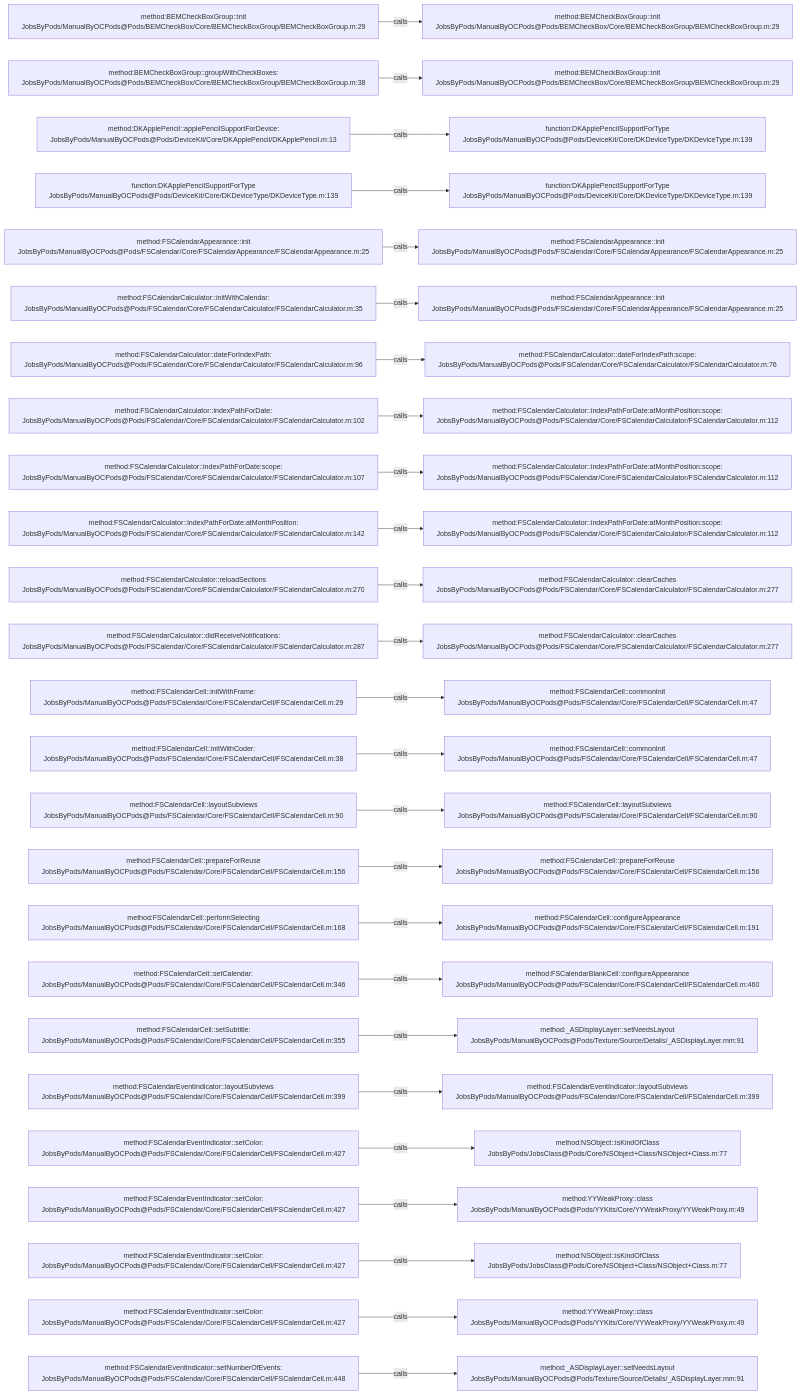
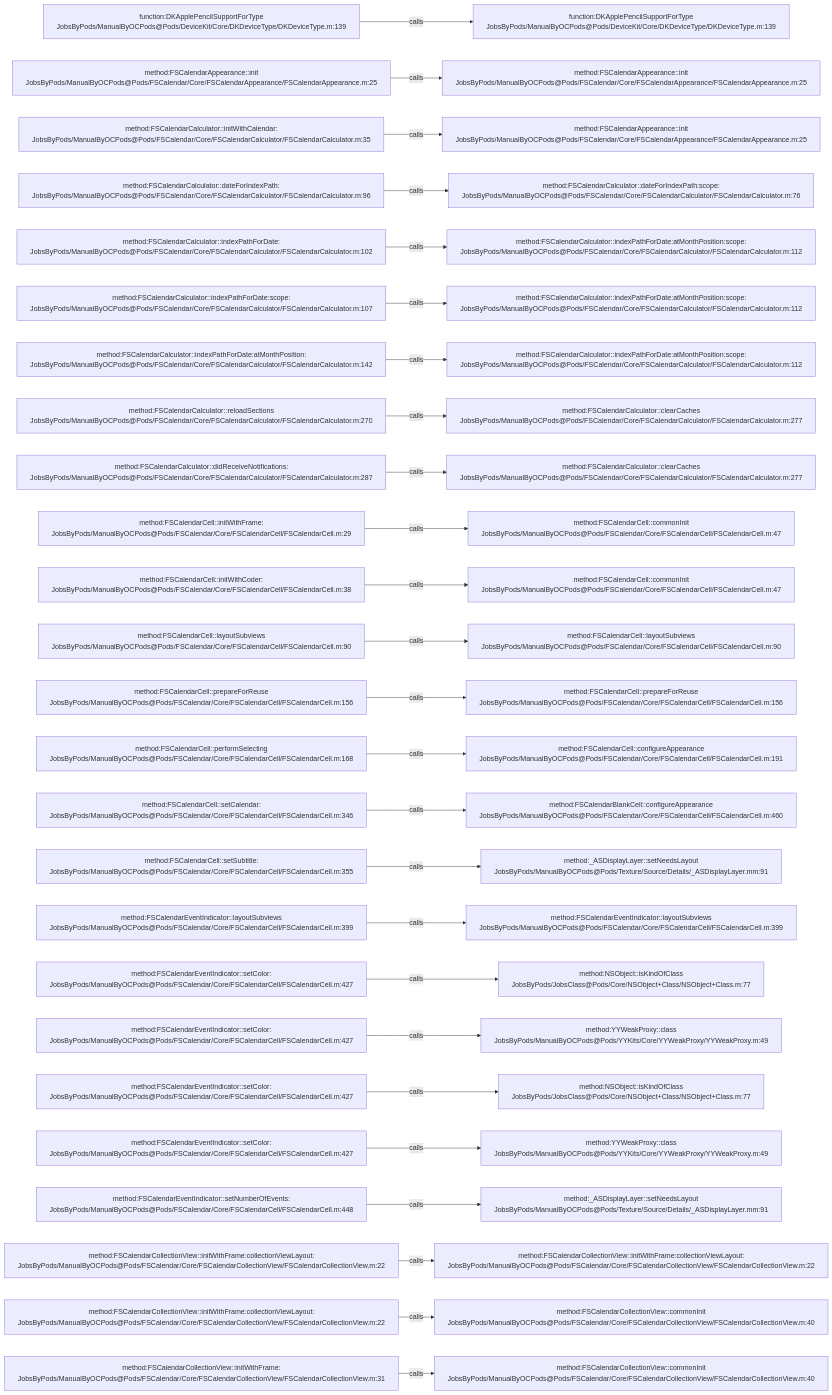
The diagram in .codegraph/codegraph.md/graphs/calls-015.md (JobsKits/JobsOCBaseConfigDemo), drawn with Mermaid before and after one commit. The commit also changed 727 other files, not shown here.

````diff
--- a/.codegraph/codegraph.md/graphs/calls-015.md
+++ b/.codegraph/codegraph.md/graphs/calls-015.md
@@ -13,78 +13,78 @@
 ```mermaid
 flowchart LR
-  S1["method:BEMCheckBoxGroup::init<br/>JobsByPods/ManualByOCPods@Pods/BEMCheckBox/Core/BEMCheckBoxGroup/BEMCheckBoxGroup.m:29"]
-  T1["method:BEMCheckBoxGroup::init<br/>JobsByPods/ManualByOCPods@Pods/BEMCheckBox/Core/BEMCheckBoxGroup/BEMCheckBoxGroup.m:29"]
+  S1["function:DKApplePencilSupportForType<br/>JobsByPods/ManualByOCPods@Pods/DeviceKit/Core/DKDeviceType/DKDeviceType.m:139"]
+  T1["function:DKApplePencilSupportForType<br/>JobsByPods/ManualByOCPods@Pods/DeviceKit/Core/DKDeviceType/DKDeviceType.m:139"]
   S1 -->|calls| T1
-  S2["method:BEMCheckBoxGroup::groupWithCheckBoxes:<br/>JobsByPods/ManualByOCPods@Pods/BEMCheckBox/Core/BEMCheckBoxGroup/BEMCheckBoxGroup.m:38"]
-  T2["method:BEMCheckBoxGroup::init<br/>JobsByPods/ManualByOCPods@Pods/BEMCheckBox/Core/BEMCheckBoxGroup/BEMCheckBoxGroup.m:29"]
+  S2["method:FSCalendarAppearance::init<br/>JobsByPods/ManualByOCPods@Pods/FSCalendar/Core/FSCalendarAppearance/FSCalendarAppearance.m:25"]
+  T2["method:FSCalendarAppearance::init<br/>JobsByPods/ManualByOCPods@Pods/FSCalendar/Core/FSCalendarAppearance/FSCalendarAppearance.m:25"]
   S2 -->|calls| T2
-  S3["method:DKApplePencil::applePencilSupportForDevice:<br/>JobsByPods/ManualByOCPods@Pods/DeviceKit/Core/DKApplePencil/DKApplePencil.m:13"]
-  T3["function:DKApplePencilSupportForType<br/>JobsByPods/ManualByOCPods@Pods/DeviceKit/Core/DKDeviceType/DKDeviceType.m:139"]
+  S3["method:FSCalendarCalculator::initWithCalendar:<br/>JobsByPods/ManualByOCPods@Pods/FSCalendar/Core/FSCalendarCalculator/FSCalendarCalculator.m:35"]
+  T3["method:FSCalendarAppearance::init<br/>JobsByPods/ManualByOCPods@Pods/FSCalendar/Core/FSCalendarAppearance/FSCalendarAppearance.m:25"]
   S3 -->|calls| T3
-  S4["function:DKApplePencilSupportForType<br/>JobsByPods/ManualByOCPods@Pods/DeviceKit/Core/DKDeviceType/DKDeviceType.m:139"]
-  T4["function:DKApplePencilSupportForType<br/>JobsByPods/ManualByOCPods@Pods/DeviceKit/Core/DKDeviceType/DKDeviceType.m:139"]
+  S4["method:FSCalendarCalculator::dateForIndexPath:<br/>JobsByPods/ManualByOCPods@Pods/FSCalendar/Core/FSCalendarCalculator/FSCalendarCalculator.m:96"]
+  T4["method:FSCalendarCalculator::dateForIndexPath:scope:<br/>JobsByPods/ManualByOCPods@Pods/FSCalendar/Core/FSCalendarCalculator/FSCalendarCalculator.m:76"]
   S4 -->|calls| T4
-  S5["method:FSCalendarAppearance::init<br/>JobsByPods/ManualByOCPods@Pods/FSCalendar/Core/FSCalendarAppearance/FSCalendarAppearance.m:25"]
-  T5["method:FSCalendarAppearance::init<br/>JobsByPods/ManualByOCPods@Pods/FSCalendar/Core/FSCalendarAppearance/FSCalendarAppearance.m:25"]
+  S5["method:FSCalendarCalculator::indexPathForDate:<br/>JobsByPods/ManualByOCPods@Pods/FSCalendar/Core/FSCalendarCalculator/FSCalendarCalculator.m:102"]
+  T5["method:FSCalendarCalculator::indexPathForDate:atMonthPosition:scope:<br/>JobsByPods/ManualByOCPods@Pods/FSCalendar/Core/FSCalendarCalculator/FSCalendarCalculator.m:112"]
   S5 -->|calls| T5
-  S6["method:FSCalendarCalculator::initWithCalendar:<br/>JobsByPods/ManualByOCPods@Pods/FSCalendar/Core/FSCalendarCalculator/FSCalendarCalculator.m:35"]
-  T6["method:FSCalendarAppearance::init<br/>JobsByPods/ManualByOCPods@Pods/FSCalendar/Core/FSCalendarAppearance/FSCalendarAppearance.m:25"]
+  S6["method:FSCalendarCalculator::indexPathForDate:scope:<br/>JobsByPods/ManualByOCPods@Pods/FSCalendar/Core/FSCalendarCalculator/FSCalendarCalculator.m:107"]
+  T6["method:FSCalendarCalculator::indexPathForDate:atMonthPosition:scope:<br/>JobsByPods/ManualByOCPods@Pods/FSCalendar/Core/FSCalendarCalculator/FSCalendarCalculator.m:112"]
   S6 -->|calls| T6
-  S7["method:FSCalendarCalculator::dateForIndexPath:<br/>JobsByPods/ManualByOCPods@Pods/FSCalendar/Core/FSCalendarCalculator/FSCalendarCalculator.m:96"]
-  T7["method:FSCalendarCalculator::dateForIndexPath:scope:<br/>JobsByPods/ManualByOCPods@Pods/FSCalendar/Core/FSCalendarCalculator/FSCalendarCalculator.m:76"]
+  S7["method:FSCalendarCalculator::indexPathForDate:atMonthPosition:<br/>JobsByPods/ManualByOCPods@Pods/FSCalendar/Core/FSCalendarCalculator/FSCalendarCalculator.m:142"]
+  T7["method:FSCalendarCalculator::indexPathForDate:atMonthPosition:scope:<br/>JobsByPods/ManualByOCPods@Pods/FSCalendar/Core/FSCalendarCalculator/FSCalendarCalculator.m:112"]
   S7 -->|calls| T7
-  S8["method:FSCalendarCalculator::indexPathForDate:<br/>JobsByPods/ManualByOCPods@Pods/FSCalendar/Core/FSCalendarCalculator/FSCalendarCalculator.m:102"]
-  T8["method:FSCalendarCalculator::indexPathForDate:atMonthPosition:scope:<br/>JobsByPods/ManualByOCPods@Pods/FSCalendar/Core/FSCalendarCalculator/FSCalendarCalculator.m:112"]
+  S8["method:FSCalendarCalculator::reloadSections<br/>JobsByPods/ManualByOCPods@Pods/FSCalendar/Core/FSCalendarCalculator/FSCalendarCalculator.m:270"]
+  T8["method:FSCalendarCalculator::clearCaches<br/>JobsByPods/ManualByOCPods@Pods/FSCalendar/Core/FSCalendarCalculator/FSCalendarCalculator.m:277"]
   S8 -->|calls| T8
-  S9["method:FSCalendarCalculator::indexPathForDate:scope:<br/>JobsByPods/ManualByOCPods@Pods/FSCalendar/Core/FSCalendarCalculator/FSCalendarCalculator.m:107"]
-  T9["method:FSCalendarCalculator::indexPathForDate:atMonthPosition:scope:<br/>JobsByPods/ManualByOCPods@Pods/FSCalendar/Core/FSCalendarCalculator/FSCalendarCalculator.m:112"]
+  S9["method:FSCalendarCalculator::didReceiveNotifications:<br/>JobsByPods/ManualByOCPods@Pods/FSCalendar/Core/FSCalendarCalculator/FSCalendarCalculator.m:287"]
+  T9["method:FSCalendarCalculator::clearCaches<br/>JobsByPods/ManualByOCPods@Pods/FSCalendar/Core/FSCalendarCalculator/FSCalendarCalculator.m:277"]
   S9 -->|calls| T9
-  S10["method:FSCalendarCalculator::indexPathForDate:atMonthPosition:<br/>JobsByPods/ManualByOCPods@Pods/FSCalendar/Core/FSCalendarCalculator/FSCalendarCalculator.m:142"]
-  T10["method:FSCalendarCalculator::indexPathForDate:atMonthPosition:scope:<br/>JobsByPods/ManualByOCPods@Pods/FSCalendar/Core/FSCalendarCalculator/FSCalendarCalculator.m:112"]
+  S10["method:FSCalendarCell::initWithFrame:<br/>JobsByPods/ManualByOCPods@Pods/FSCalendar/Core/FSCalendarCell/FSCalendarCell.m:29"]
+  T10["method:FSCalendarCell::commonInit<br/>JobsByPods/ManualByOCPods@Pods/FSCalendar/Core/FSCalendarCell/FSCalendarCell.m:47"]
   S10 -->|calls| T10
-  S11["method:FSCalendarCalculator::reloadSections<br/>JobsByPods/ManualByOCPods@Pods/FSCalendar/Core/FSCalendarCalculator/FSCalendarCalculator.m:270"]
-  T11["method:FSCalendarCalculator::clearCaches<br/>JobsByPods/ManualByOCPods@Pods/FSCalendar/Core/FSCalendarCalculator/FSCalendarCalculator.m:277"]
+  S11["method:FSCalendarCell::initWithCoder:<br/>JobsByPods/ManualByOCPods@Pods/FSCalendar/Core/FSCalendarCell/FSCalendarCell.m:38"]
+  T11["method:FSCalendarCell::commonInit<br/>JobsByPods/ManualByOCPods@Pods/FSCalendar/Core/FSCalendarCell/FSCalendarCell.m:47"]
   S11 -->|calls| T11
-  S12["method:FSCalendarCalculator::didReceiveNotifications:<br/>JobsByPods/ManualByOCPods@Pods/FSCalendar/Core/FSCalendarCalculator/FSCalendarCalculator.m:287"]
-  T12["method:FSCalendarCalculator::clearCaches<br/>JobsByPods/ManualByOCPods@Pods/FSCalendar/Core/FSCalendarCalculator/FSCalendarCalculator.m:277"]
+  S12["method:FSCalendarCell::layoutSubviews<br/>JobsByPods/ManualByOCPods@Pods/FSCalendar/Core/FSCalendarCell/FSCalendarCell.m:90"]
+  T12["method:FSCalendarCell::layoutSubviews<br/>JobsByPods/ManualByOCPods@Pods/FSCalendar/Core/FSCalendarCell/FSCalendarCell.m:90"]
   S12 -->|calls| T12
-  S13["method:FSCalendarCell::initWithFrame:<br/>JobsByPods/ManualByOCPods@Pods/FSCalendar/Core/FSCalendarCell/FSCalendarCell.m:29"]
-  T13["method:FSCalendarCell::commonInit<br/>JobsByPods/ManualByOCPods@Pods/FSCalendar/Core/FSCalendarCell/FSCalendarCell.m:47"]
+  S13["method:FSCalendarCell::prepareForReuse<br/>JobsByPods/ManualByOCPods@Pods/FSCalendar/Core/FSCalendarCell/FSCalendarCell.m:156"]
+  T13["method:FSCalendarCell::prepareForReuse<br/>JobsByPods/ManualByOCPods@Pods/FSCalendar/Core/FSCalendarCell/FSCalendarCell.m:156"]
   S13 -->|calls| T13
-  S14["method:FSCalendarCell::initWithCoder:<br/>JobsByPods/ManualByOCPods@Pods/FSCalendar/Core/FSCalendarCell/FSCalendarCell.m:38"]
-  T14["method:FSCalendarCell::commonInit<br/>JobsByPods/ManualByOCPods@Pods/FSCalendar/Core/FSCalendarCell/FSCalendarCell.m:47"]
+  S14["method:FSCalendarCell::performSelecting<br/>JobsByPods/ManualByOCPods@Pods/FSCalendar/Core/FSCalendarCell/FSCalendarCell.m:168"]
+  T14["method:FSCalendarCell::configureAppearance<br/>JobsByPods/ManualByOCPods@Pods/FSCalendar/Core/FSCalendarCell/FSCalendarCell.m:191"]
   S14 -->|calls| T14
-  S15["method:FSCalendarCell::layoutSubviews<br/>JobsByPods/ManualByOCPods@Pods/FSCalendar/Core/FSCalendarCell/FSCalendarCell.m:90"]
-  T15["method:FSCalendarCell::layoutSubviews<br/>JobsByPods/ManualByOCPods@Pods/FSCalendar/Core/FSCalendarCell/FSCalendarCell.m:90"]
+  S15["method:FSCalendarCell::setCalendar:<br/>JobsByPods/ManualByOCPods@Pods/FSCalendar/Core/FSCalendarCell/FSCalendarCell.m:346"]
+  T15["method:FSCalendarBlankCell::configureAppearance<br/>JobsByPods/ManualByOCPods@Pods/FSCalendar/Core/FSCalendarCell/FSCalendarCell.m:460"]
   S15 -->|calls| T15
-  S16["method:FSCalendarCell::prepareForReuse<br/>JobsByPods/ManualByOCPods@Pods/FSCalendar/Core/FSCalendarCell/FSCalendarCell.m:156"]
-  T16["method:FSCalendarCell::prepareForReuse<br/>JobsByPods/ManualByOCPods@Pods/FSCalendar/Core/FSCalendarCell/FSCalendarCell.m:156"]
+  S16["method:FSCalendarCell::setSubtitle:<br/>JobsByPods/ManualByOCPods@Pods/FSCalendar/Core/FSCalendarCell/FSCalendarCell.m:355"]
+  T16["method:_ASDisplayLayer::setNeedsLayout<br/>JobsByPods/ManualByOCPods@Pods/Texture/Source/Details/_ASDisplayLayer.mm:91"]
   S16 -->|calls| T16
-  S17["method:FSCalendarCell::performSelecting<br/>JobsByPods/ManualByOCPods@Pods/FSCalendar/Core/FSCalendarCell/FSCalendarCell.m:168"]
-  T17["method:FSCalendarCell::configureAppearance<br/>JobsByPods/ManualByOCPods@Pods/FSCalendar/Core/FSCalendarCell/FSCalendarCell.m:191"]
+  S17["method:FSCalendarEventIndicator::layoutSubviews<br/>JobsByPods/ManualByOCPods@Pods/FSCalendar/Core/FSCalendarCell/FSCalendarCell.m:399"]
+  T17["method:FSCalendarEventIndicator::layoutSubviews<br/>JobsByPods/ManualByOCPods@Pods/FSCalendar/Core/FSCalendarCell/FSCalendarCell.m:399"]
   S17 -->|calls| T17
-  S18["method:FSCalendarCell::setCalendar:<br/>JobsByPods/ManualByOCPods@Pods/FSCalendar/Core/FSCalendarCell/FSCalendarCell.m:346"]
-  T18["method:FSCalendarBlankCell::configureAppearance<br/>JobsByPods/ManualByOCPods@Pods/FSCalendar/Core/FSCalendarCell/FSCalendarCell.m:460"]
+  S18["method:FSCalendarEventIndicator::setColor:<br/>JobsByPods/ManualByOCPods@Pods/FSCalendar/Core/FSCalendarCell/FSCalendarCell.m:427"]
+  T18["method:NSObject::isKindOfClass<br/>JobsByPods/JobsClass@Pods/Core/NSObject+Class/NSObject+Class.m:77"]
   S18 -->|calls| T18
-  S19["method:FSCalendarCell::setSubtitle:<br/>JobsByPods/ManualByOCPods@Pods/FSCalendar/Core/FSCalendarCell/FSCalendarCell.m:355"]
-  T19["method:_ASDisplayLayer::setNeedsLayout<br/>JobsByPods/ManualByOCPods@Pods/Texture/Source/Details/_ASDisplayLayer.mm:91"]
+  S19["method:FSCalendarEventIndicator::setColor:<br/>JobsByPods/ManualByOCPods@Pods/FSCalendar/Core/FSCalendarCell/FSCalendarCell.m:427"]
+  T19["method:YYWeakProxy::class<br/>JobsByPods/ManualByOCPods@Pods/YYKits/Core/YYWeakProxy/YYWeakProxy.m:49"]
   S19 -->|calls| T19
-  S20["method:FSCalendarEventIndicator::layoutSubviews<br/>JobsByPods/ManualByOCPods@Pods/FSCalendar/Core/FSCalendarCell/FSCalendarCell.m:399"]
-  T20["method:FSCalendarEventIndicator::layoutSubviews<br/>JobsByPods/ManualByOCPods@Pods/FSCalendar/Core/FSCalendarCell/FSCalendarCell.m:399"]
+  S20["method:FSCalendarEventIndicator::setColor:<br/>JobsByPods/ManualByOCPods@Pods/FSCalendar/Core/FSCalendarCell/FSCalendarCell.m:427"]
+  T20["method:NSObject::isKindOfClass<br/>JobsByPods/JobsClass@Pods/Core/NSObject+Class/NSObject+Class.m:77"]
   S20 -->|calls| T20
   S21["method:FSCalendarEventIndicator::setColor:<br/>JobsByPods/ManualByOCPods@Pods/FSCalendar/Core/FSCalendarCell/FSCalendarCell.m:427"]
-  T21["method:NSObject::isKindOfClass<br/>JobsByPods/JobsClass@Pods/Core/NSObject+Class/NSObject+Class.m:77"]
+  T21["method:YYWeakProxy::class<br/>JobsByPods/ManualByOCPods@Pods/YYKits/Core/YYWeakProxy/YYWeakProxy.m:49"]
   S21 -->|calls| T21
-  S22["method:FSCalendarEventIndicator::setColor:<br/>JobsByPods/ManualByOCPods@Pods/FSCalendar/Core/FSCalendarCell/FSCalendarCell.m:427"]
-  T22["method:YYWeakProxy::class<br/>JobsByPods/ManualByOCPods@Pods/YYKits/Core/YYWeakProxy/YYWeakProxy.m:49"]
+  S22["method:FSCalendarEventIndicator::setNumberOfEvents:<br/>JobsByPods/ManualByOCPods@Pods/FSCalendar/Core/FSCalendarCell/FSCalendarCell.m:448"]
+  T22["method:_ASDisplayLayer::setNeedsLayout<br/>JobsByPods/ManualByOCPods@Pods/Texture/Source/Details/_ASDisplayLayer.mm:91"]
   S22 -->|calls| T22
-  S23["method:FSCalendarEventIndicator::setColor:<br/>JobsByPods/ManualByOCPods@Pods/FSCalendar/Core/FSCalendarCell/FSCalendarCell.m:427"]
-  T23["method:NSObject::isKindOfClass<br/>JobsByPods/JobsClass@Pods/Core/NSObject+Class/NSObject+Class.m:77"]
+  S23["method:FSCalendarCollectionView::initWithFrame:collectionViewLayout:<br/>JobsByPods/ManualByOCPods@Pods/FSCalendar/Core/FSCalendarCollectionView/FSCalendarCollectionView.m:22"]
+  T23["method:FSCalendarCollectionView::initWithFrame:collectionViewLayout:<br/>JobsByPods/ManualByOCPods@Pods/FSCalendar/Core/FSCalendarCollectionView/FSCalendarCollectionView.m:22"]
   S23 -->|calls| T23
-  S24["method:FSCalendarEventIndicator::setColor:<br/>JobsByPods/ManualByOCPods@Pods/FSCalendar/Core/FSCalendarCell/FSCalendarCell.m:427"]
-  T24["method:YYWeakProxy::class<br/>JobsByPods/ManualByOCPods@Pods/YYKits/Core/YYWeakProxy/YYWeakProxy.m:49"]
+  S24["method:FSCalendarCollectionView::initWithFrame:collectionViewLayout:<br/>JobsByPods/ManualByOCPods@Pods/FSCalendar/Core/FSCalendarCollectionView/FSCalendarCollectionView.m:22"]
+  T24["method:FSCalendarCollectionView::commonInit<br/>JobsByPods/ManualByOCPods@Pods/FSCalendar/Core/FSCalendarCollectionView/FSCalendarCollectionView.m:40"]
   S24 -->|calls| T24
-  S25["method:FSCalendarEventIndicator::setNumberOfEvents:<br/>JobsByPods/ManualByOCPods@Pods/FSCalendar/Core/FSCalendarCell/FSCalendarCell.m:448"]
-  T25["method:_ASDisplayLayer::setNeedsLayout<br/>JobsByPods/ManualByOCPods@Pods/Texture/Source/Details/_ASDisplayLayer.mm:91"]
+  S25["method:FSCalendarCollectionView::initWithFrame:<br/>JobsByPods/ManualByOCPods@Pods/FSCalendar/Core/FSCalendarCollectionView/FSCalendarCollectionView.m:31"]
+  T25["method:FSCalendarCollectionView::commonInit<br/>JobsByPods/ManualByOCPods@Pods/FSCalendar/Core/FSCalendarCollectionView/FSCalendarCollectionView.m:40"]
   S25 -->|calls| T25
 ```
````
